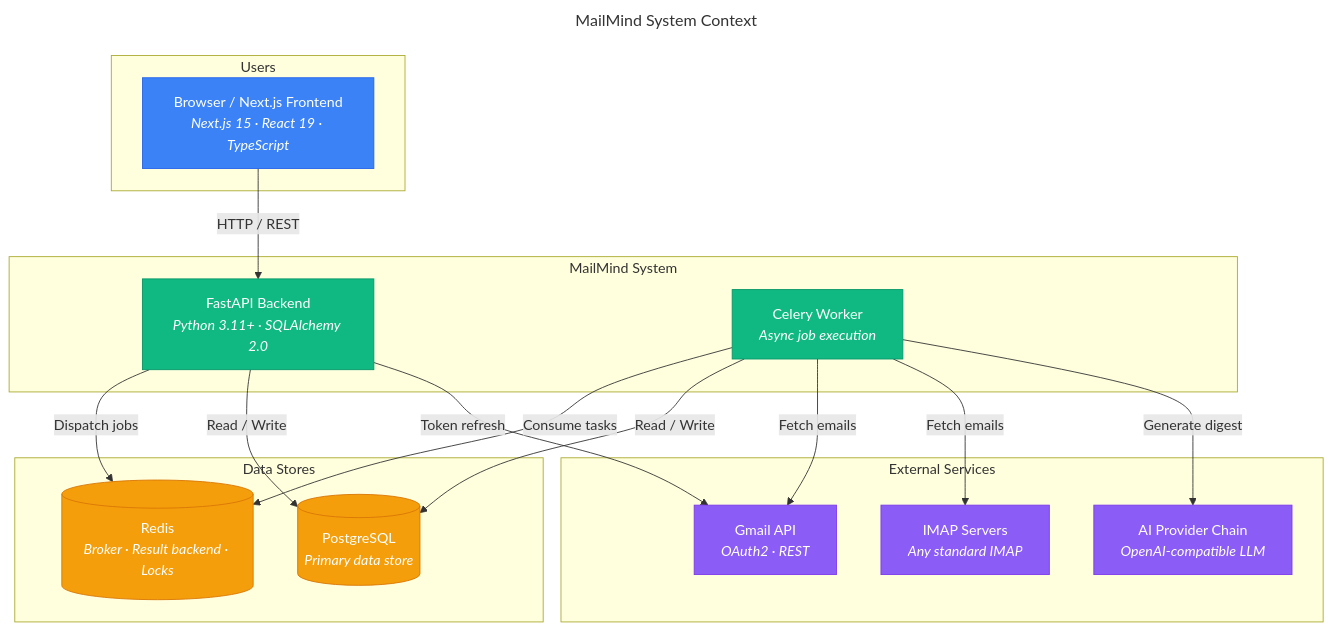
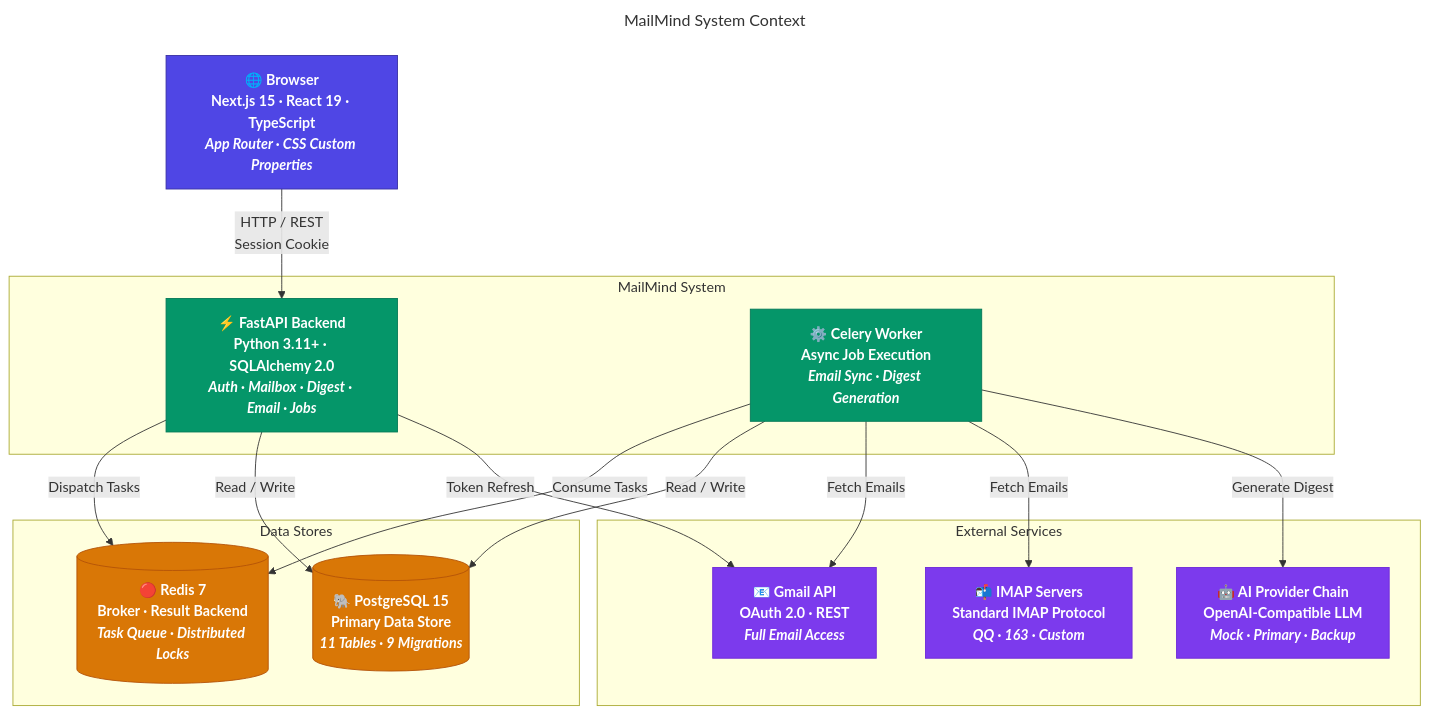
One commit to moye12325/mailmind-ai-email-copilot changed the diagram in docs/architecture/mermaid/01-system-context.mmd. Above: the diagram before and after it, drawn with Mermaid. The commit also changed 14 other files, not shown here.

First line of the commit message:
docs: add v0.5.2 rendered architecture diagrams

```diff
--- a/docs/architecture/mermaid/01-system-context.mmd
+++ b/docs/architecture/mermaid/01-system-context.mmd
@@ -1,45 +1,43 @@
 ---
 title: "MailMind System Context"
 description: "High-level view of MailMind and its external dependencies"
 ---
 
 graph TB
-    subgraph Users
-        Browser["Browser / Next.js Frontend<br/><i>Next.js 15 · React 19 · TypeScript</i>"]
-    end
+    Browser["🌐 Browser<br/><b>Next.js 15 · React 19 · TypeScript</b><br/><i>App Router · CSS Custom Properties</i>"]
 
-    subgraph MailMind_System["MailMind System"]
-        API["FastAPI Backend<br/><i>Python 3.11+ · SQLAlchemy 2.0</i>"]
-        Worker["Celery Worker<br/><i>Async job execution</i>"]
+    subgraph MailMind["MailMind System"]
+        API["⚡ FastAPI Backend<br/><b>Python 3.11+ · SQLAlchemy 2.0</b><br/><i>Auth · Mailbox · Digest · Email · Jobs</i>"]
+        Worker["⚙️ Celery Worker<br/><b>Async Job Execution</b><br/><i>Email Sync · Digest Generation</i>"]
     end
 
     subgraph Data_Stores["Data Stores"]
-        PostgreSQL[("PostgreSQL<br/><i>Primary data store</i>")]
-        Redis[("Redis<br/><i>Broker · Result backend · Locks</i>")]
+        PostgreSQL[("🐘 PostgreSQL 15<br/><b>Primary Data Store</b><br/><i>11 Tables · 9 Migrations</i>")]
+        Redis[("🔴 Redis 7<br/><b>Broker · Result Backend</b><br/><i>Task Queue · Distributed Locks</i>")]
     end
 
     subgraph External_Services["External Services"]
-        Gmail["Gmail API<br/><i>OAuth2 · REST</i>"]
-        IMAP["IMAP Servers<br/><i>Any standard IMAP</i>"]
-        AI["AI Provider Chain<br/><i>OpenAI-compatible LLM</i>"]
+        Gmail["📧 Gmail API<br/><b>OAuth 2.0 · REST</b><br/><i>Full Email Access</i>"]
+        IMAP["📬 IMAP Servers<br/><b>Standard IMAP Protocol</b><br/><i>QQ · 163 · Custom</i>"]
+        AI["🤖 AI Provider Chain<br/><b>OpenAI-Compatible LLM</b><br/><i>Mock · Primary · Backup</i>"]
     end
 
-    Browser -->|"HTTP / REST"| API
-    API -->|"Dispatch jobs"| Redis
-    Worker -->|"Consume tasks"| Redis
+    Browser -->|"HTTP / REST<br/>Session Cookie"| API
+    API -->|"Dispatch Tasks"| Redis
+    Worker -->|"Consume Tasks"| Redis
     Worker -->|"Read / Write"| PostgreSQL
     API -->|"Read / Write"| PostgreSQL
-    Worker -->|"Fetch emails"| Gmail
-    Worker -->|"Fetch emails"| IMAP
-    Worker -->|"Generate digest"| AI
-    API -->|"Token refresh"| Gmail
+    Worker -->|"Fetch Emails"| Gmail
+    Worker -->|"Fetch Emails"| IMAP
+    Worker -->|"Generate Digest"| AI
+    API -->|"Token Refresh"| Gmail
 
-    classDef frontend fill:#3b82f6,stroke:#2563eb,color:#fff
-    classDef backend fill:#10b981,stroke:#059669,color:#fff
-    classDef data fill:#f59e0b,stroke:#d97706,color:#fff
-    classDef external fill:#8b5cf6,stroke:#7c3aed,color:#fff
+    classDef frontend fill:#4f46e5,stroke:#3730a3,color:#fff,font-weight:bold
+    classDef backend fill:#059669,stroke:#047857,color:#fff,font-weight:bold
+    classDef data fill:#d97706,stroke:#b45309,color:#fff,font-weight:bold
+    classDef external fill:#7c3aed,stroke:#6d28d9,color:#fff,font-weight:bold
 
     class Browser frontend
     class API,Worker backend
     class PostgreSQL,Redis data
     class Gmail,IMAP,AI external
```
